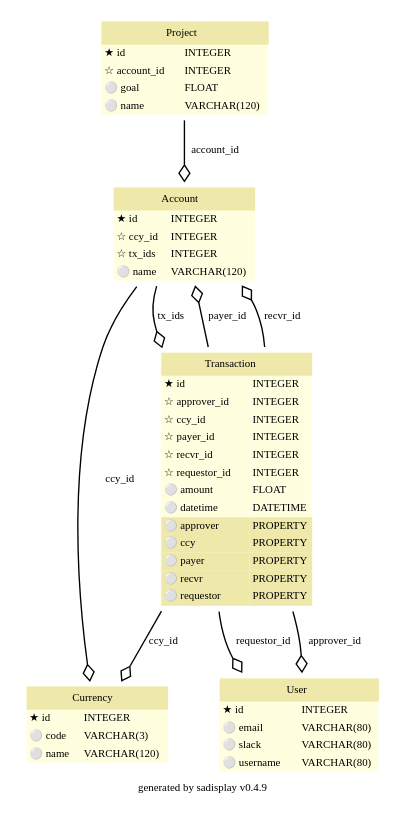
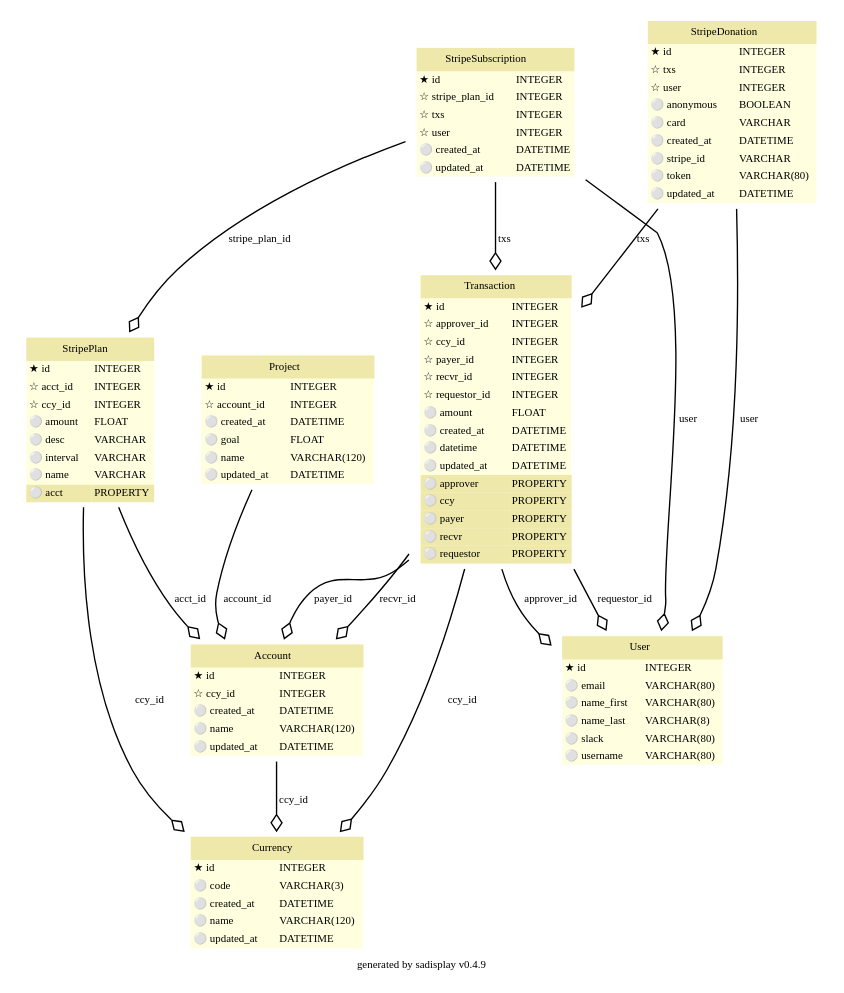
One commit to noisebridge/python-nb-donate changed the diagram in schema.dot. Above: the diagram before and after it, drawn with Graphviz. The commit also changed 3 other files, not shown here.

Commit message:
modles migrated, tests running but not complete, new schema pic

```diff
--- a/schema.dot
+++ b/schema.dot
@@ -31,13 +31,17 @@
         ></TD><TD ALIGN="LEFT"
         ><FONT FACE="Bitstream Vera Sans">INTEGER</FONT
         ></TD></TR> <TR><TD ALIGN="LEFT" BORDER="0"
-        ><FONT FACE="Bitstream Vera Sans">☆ tx_ids</FONT
+        ><FONT FACE="Bitstream Vera Sans">⚪ created_at</FONT
         ></TD><TD ALIGN="LEFT"
-        ><FONT FACE="Bitstream Vera Sans">INTEGER</FONT
+        ><FONT FACE="Bitstream Vera Sans">DATETIME</FONT
         ></TD></TR> <TR><TD ALIGN="LEFT" BORDER="0"
         ><FONT FACE="Bitstream Vera Sans">⚪ name</FONT
         ></TD><TD ALIGN="LEFT"
         ><FONT FACE="Bitstream Vera Sans">VARCHAR(120)</FONT
+        ></TD></TR> <TR><TD ALIGN="LEFT" BORDER="0"
+        ><FONT FACE="Bitstream Vera Sans">⚪ updated_at</FONT
+        ></TD><TD ALIGN="LEFT"
+        ><FONT FACE="Bitstream Vera Sans">DATETIME</FONT
         ></TD></TR>
         </TABLE>
     >]
@@ -58,9 +62,17 @@
         ></TD><TD ALIGN="LEFT"
         ><FONT FACE="Bitstream Vera Sans">VARCHAR(3)</FONT
         ></TD></TR> <TR><TD ALIGN="LEFT" BORDER="0"
+        ><FONT FACE="Bitstream Vera Sans">⚪ created_at</FONT
+        ></TD><TD ALIGN="LEFT"
+        ><FONT FACE="Bitstream Vera Sans">DATETIME</FONT
+        ></TD></TR> <TR><TD ALIGN="LEFT" BORDER="0"
         ><FONT FACE="Bitstream Vera Sans">⚪ name</FONT
         ></TD><TD ALIGN="LEFT"
         ><FONT FACE="Bitstream Vera Sans">VARCHAR(120)</FONT
+        ></TD></TR> <TR><TD ALIGN="LEFT" BORDER="0"
+        ><FONT FACE="Bitstream Vera Sans">⚪ updated_at</FONT
+        ></TD><TD ALIGN="LEFT"
+        ><FONT FACE="Bitstream Vera Sans">DATETIME</FONT
         ></TD></TR>
         </TABLE>
     >]
@@ -81,6 +93,10 @@
         ></TD><TD ALIGN="LEFT"
         ><FONT FACE="Bitstream Vera Sans">INTEGER</FONT
         ></TD></TR> <TR><TD ALIGN="LEFT" BORDER="0"
+        ><FONT FACE="Bitstream Vera Sans">⚪ created_at</FONT
+        ></TD><TD ALIGN="LEFT"
+        ><FONT FACE="Bitstream Vera Sans">DATETIME</FONT
+        ></TD></TR> <TR><TD ALIGN="LEFT" BORDER="0"
         ><FONT FACE="Bitstream Vera Sans">⚪ goal</FONT
         ></TD><TD ALIGN="LEFT"
         ><FONT FACE="Bitstream Vera Sans">FLOAT</FONT
@@ -88,6 +104,136 @@
         ><FONT FACE="Bitstream Vera Sans">⚪ name</FONT
         ></TD><TD ALIGN="LEFT"
         ><FONT FACE="Bitstream Vera Sans">VARCHAR(120)</FONT
+        ></TD></TR> <TR><TD ALIGN="LEFT" BORDER="0"
+        ><FONT FACE="Bitstream Vera Sans">⚪ updated_at</FONT
+        ></TD><TD ALIGN="LEFT"
+        ><FONT FACE="Bitstream Vera Sans">DATETIME</FONT
+        ></TD></TR>
+        </TABLE>
+    >]
+    
+
+        StripeDonation [label=<
+        <TABLE BGCOLOR="lightyellow" BORDER="0"
+            CELLBORDER="0" CELLSPACING="0">
+                <TR><TD COLSPAN="2" CELLPADDING="4"
+                        ALIGN="CENTER" BGCOLOR="palegoldenrod"
+                ><FONT FACE="Helvetica Bold" COLOR="black"
+                >StripeDonation</FONT></TD></TR><TR><TD ALIGN="LEFT" BORDER="0"
+        ><FONT FACE="Bitstream Vera Sans">★ id</FONT
+        ></TD><TD ALIGN="LEFT"
+        ><FONT FACE="Bitstream Vera Sans">INTEGER</FONT
+        ></TD></TR> <TR><TD ALIGN="LEFT" BORDER="0"
+        ><FONT FACE="Bitstream Vera Sans">☆ txs</FONT
+        ></TD><TD ALIGN="LEFT"
+        ><FONT FACE="Bitstream Vera Sans">INTEGER</FONT
+        ></TD></TR> <TR><TD ALIGN="LEFT" BORDER="0"
+        ><FONT FACE="Bitstream Vera Sans">☆ user</FONT
+        ></TD><TD ALIGN="LEFT"
+        ><FONT FACE="Bitstream Vera Sans">INTEGER</FONT
+        ></TD></TR> <TR><TD ALIGN="LEFT" BORDER="0"
+        ><FONT FACE="Bitstream Vera Sans">⚪ anonymous</FONT
+        ></TD><TD ALIGN="LEFT"
+        ><FONT FACE="Bitstream Vera Sans">BOOLEAN</FONT
+        ></TD></TR> <TR><TD ALIGN="LEFT" BORDER="0"
+        ><FONT FACE="Bitstream Vera Sans">⚪ card</FONT
+        ></TD><TD ALIGN="LEFT"
+        ><FONT FACE="Bitstream Vera Sans">VARCHAR</FONT
+        ></TD></TR> <TR><TD ALIGN="LEFT" BORDER="0"
+        ><FONT FACE="Bitstream Vera Sans">⚪ created_at</FONT
+        ></TD><TD ALIGN="LEFT"
+        ><FONT FACE="Bitstream Vera Sans">DATETIME</FONT
+        ></TD></TR> <TR><TD ALIGN="LEFT" BORDER="0"
+        ><FONT FACE="Bitstream Vera Sans">⚪ stripe_id</FONT
+        ></TD><TD ALIGN="LEFT"
+        ><FONT FACE="Bitstream Vera Sans">VARCHAR</FONT
+        ></TD></TR> <TR><TD ALIGN="LEFT" BORDER="0"
+        ><FONT FACE="Bitstream Vera Sans">⚪ token</FONT
+        ></TD><TD ALIGN="LEFT"
+        ><FONT FACE="Bitstream Vera Sans">VARCHAR(80)</FONT
+        ></TD></TR> <TR><TD ALIGN="LEFT" BORDER="0"
+        ><FONT FACE="Bitstream Vera Sans">⚪ updated_at</FONT
+        ></TD><TD ALIGN="LEFT"
+        ><FONT FACE="Bitstream Vera Sans">DATETIME</FONT
+        ></TD></TR>
+        </TABLE>
+    >]
+    
+
+        StripePlan [label=<
+        <TABLE BGCOLOR="lightyellow" BORDER="0"
+            CELLBORDER="0" CELLSPACING="0">
+                <TR><TD COLSPAN="2" CELLPADDING="4"
+                        ALIGN="CENTER" BGCOLOR="palegoldenrod"
+                ><FONT FACE="Helvetica Bold" COLOR="black"
+                >StripePlan</FONT></TD></TR><TR><TD ALIGN="LEFT" BORDER="0"
+        ><FONT FACE="Bitstream Vera Sans">★ id</FONT
+        ></TD><TD ALIGN="LEFT"
+        ><FONT FACE="Bitstream Vera Sans">INTEGER</FONT
+        ></TD></TR> <TR><TD ALIGN="LEFT" BORDER="0"
+        ><FONT FACE="Bitstream Vera Sans">☆ acct_id</FONT
+        ></TD><TD ALIGN="LEFT"
+        ><FONT FACE="Bitstream Vera Sans">INTEGER</FONT
+        ></TD></TR> <TR><TD ALIGN="LEFT" BORDER="0"
+        ><FONT FACE="Bitstream Vera Sans">☆ ccy_id</FONT
+        ></TD><TD ALIGN="LEFT"
+        ><FONT FACE="Bitstream Vera Sans">INTEGER</FONT
+        ></TD></TR> <TR><TD ALIGN="LEFT" BORDER="0"
+        ><FONT FACE="Bitstream Vera Sans">⚪ amount</FONT
+        ></TD><TD ALIGN="LEFT"
+        ><FONT FACE="Bitstream Vera Sans">FLOAT</FONT
+        ></TD></TR> <TR><TD ALIGN="LEFT" BORDER="0"
+        ><FONT FACE="Bitstream Vera Sans">⚪ desc</FONT
+        ></TD><TD ALIGN="LEFT"
+        ><FONT FACE="Bitstream Vera Sans">VARCHAR</FONT
+        ></TD></TR> <TR><TD ALIGN="LEFT" BORDER="0"
+        ><FONT FACE="Bitstream Vera Sans">⚪ interval</FONT
+        ></TD><TD ALIGN="LEFT"
+        ><FONT FACE="Bitstream Vera Sans">VARCHAR</FONT
+        ></TD></TR> <TR><TD ALIGN="LEFT" BORDER="0"
+        ><FONT FACE="Bitstream Vera Sans">⚪ name</FONT
+        ></TD><TD ALIGN="LEFT"
+        ><FONT FACE="Bitstream Vera Sans">VARCHAR</FONT
+        ></TD></TR><TR><TD ALIGN="LEFT" BORDER="0"
+        BGCOLOR="palegoldenrod"
+        ><FONT FACE="Bitstream Vera Sans">⚪ acct</FONT></TD
+        ><TD BGCOLOR="palegoldenrod" ALIGN="LEFT"
+        ><FONT FACE="Bitstream Vera Sans">PROPERTY</FONT
+        ></TD></TR>
+        </TABLE>
+    >]
+    
+
+        StripeSubscription [label=<
+        <TABLE BGCOLOR="lightyellow" BORDER="0"
+            CELLBORDER="0" CELLSPACING="0">
+                <TR><TD COLSPAN="2" CELLPADDING="4"
+                        ALIGN="CENTER" BGCOLOR="palegoldenrod"
+                ><FONT FACE="Helvetica Bold" COLOR="black"
+                >StripeSubscription</FONT></TD></TR><TR><TD ALIGN="LEFT" BORDER="0"
+        ><FONT FACE="Bitstream Vera Sans">★ id</FONT
+        ></TD><TD ALIGN="LEFT"
+        ><FONT FACE="Bitstream Vera Sans">INTEGER</FONT
+        ></TD></TR> <TR><TD ALIGN="LEFT" BORDER="0"
+        ><FONT FACE="Bitstream Vera Sans">☆ stripe_plan_id</FONT
+        ></TD><TD ALIGN="LEFT"
+        ><FONT FACE="Bitstream Vera Sans">INTEGER</FONT
+        ></TD></TR> <TR><TD ALIGN="LEFT" BORDER="0"
+        ><FONT FACE="Bitstream Vera Sans">☆ txs</FONT
+        ></TD><TD ALIGN="LEFT"
+        ><FONT FACE="Bitstream Vera Sans">INTEGER</FONT
+        ></TD></TR> <TR><TD ALIGN="LEFT" BORDER="0"
+        ><FONT FACE="Bitstream Vera Sans">☆ user</FONT
+        ></TD><TD ALIGN="LEFT"
+        ><FONT FACE="Bitstream Vera Sans">INTEGER</FONT
+        ></TD></TR> <TR><TD ALIGN="LEFT" BORDER="0"
+        ><FONT FACE="Bitstream Vera Sans">⚪ created_at</FONT
+        ></TD><TD ALIGN="LEFT"
+        ><FONT FACE="Bitstream Vera Sans">DATETIME</FONT
+        ></TD></TR> <TR><TD ALIGN="LEFT" BORDER="0"
+        ><FONT FACE="Bitstream Vera Sans">⚪ updated_at</FONT
+        ></TD><TD ALIGN="LEFT"
+        ><FONT FACE="Bitstream Vera Sans">DATETIME</FONT
         ></TD></TR>
         </TABLE>
     >]
@@ -128,7 +274,15 @@
         ></TD><TD ALIGN="LEFT"
         ><FONT FACE="Bitstream Vera Sans">FLOAT</FONT
         ></TD></TR> <TR><TD ALIGN="LEFT" BORDER="0"
+        ><FONT FACE="Bitstream Vera Sans">⚪ created_at</FONT
+        ></TD><TD ALIGN="LEFT"
+        ><FONT FACE="Bitstream Vera Sans">DATETIME</FONT
+        ></TD></TR> <TR><TD ALIGN="LEFT" BORDER="0"
         ><FONT FACE="Bitstream Vera Sans">⚪ datetime</FONT
+        ></TD><TD ALIGN="LEFT"
+        ><FONT FACE="Bitstream Vera Sans">DATETIME</FONT
+        ></TD></TR> <TR><TD ALIGN="LEFT" BORDER="0"
+        ><FONT FACE="Bitstream Vera Sans">⚪ updated_at</FONT
         ></TD><TD ALIGN="LEFT"
         ><FONT FACE="Bitstream Vera Sans">DATETIME</FONT
         ></TD></TR><TR><TD ALIGN="LEFT" BORDER="0"
@@ -176,6 +330,14 @@
         ></TD><TD ALIGN="LEFT"
         ><FONT FACE="Bitstream Vera Sans">VARCHAR(80)</FONT
         ></TD></TR> <TR><TD ALIGN="LEFT" BORDER="0"
+        ><FONT FACE="Bitstream Vera Sans">⚪ name_first</FONT
+        ></TD><TD ALIGN="LEFT"
+        ><FONT FACE="Bitstream Vera Sans">VARCHAR(80)</FONT
+        ></TD></TR> <TR><TD ALIGN="LEFT" BORDER="0"
+        ><FONT FACE="Bitstream Vera Sans">⚪ name_last</FONT
+        ></TD><TD ALIGN="LEFT"
+        ><FONT FACE="Bitstream Vera Sans">VARCHAR(8)</FONT
+        ></TD></TR> <TR><TD ALIGN="LEFT" BORDER="0"
         ><FONT FACE="Bitstream Vera Sans">⚪ slack</FONT
         ></TD><TD ALIGN="LEFT"
         ><FONT FACE="Bitstream Vera Sans">VARCHAR(80)</FONT
@@ -194,9 +356,15 @@
 		arrowhead = ediamond
 		arrowtail = open
 	]
-	"Account" -> "Transaction" [label = "tx_ids"]
 	"Account" -> "Currency" [label = "ccy_id"]
 	"Project" -> "Account" [label = "account_id"]
+	"StripeDonation" -> "User" [label = "user"]
+	"StripeDonation" -> "Transaction" [label = "txs"]
+	"StripePlan" -> "Currency" [label = "ccy_id"]
+	"StripePlan" -> "Account" [label = "acct_id"]
+	"StripeSubscription" -> "StripePlan" [label = "stripe_plan_id"]
+	"StripeSubscription" -> "User" [label = "user"]
+	"StripeSubscription" -> "Transaction" [label = "txs"]
 	"Transaction" -> "Currency" [label = "ccy_id"]
 	"Transaction" -> "Account" [label = "payer_id"]
 	"Transaction" -> "Account" [label = "recvr_id"]
```
